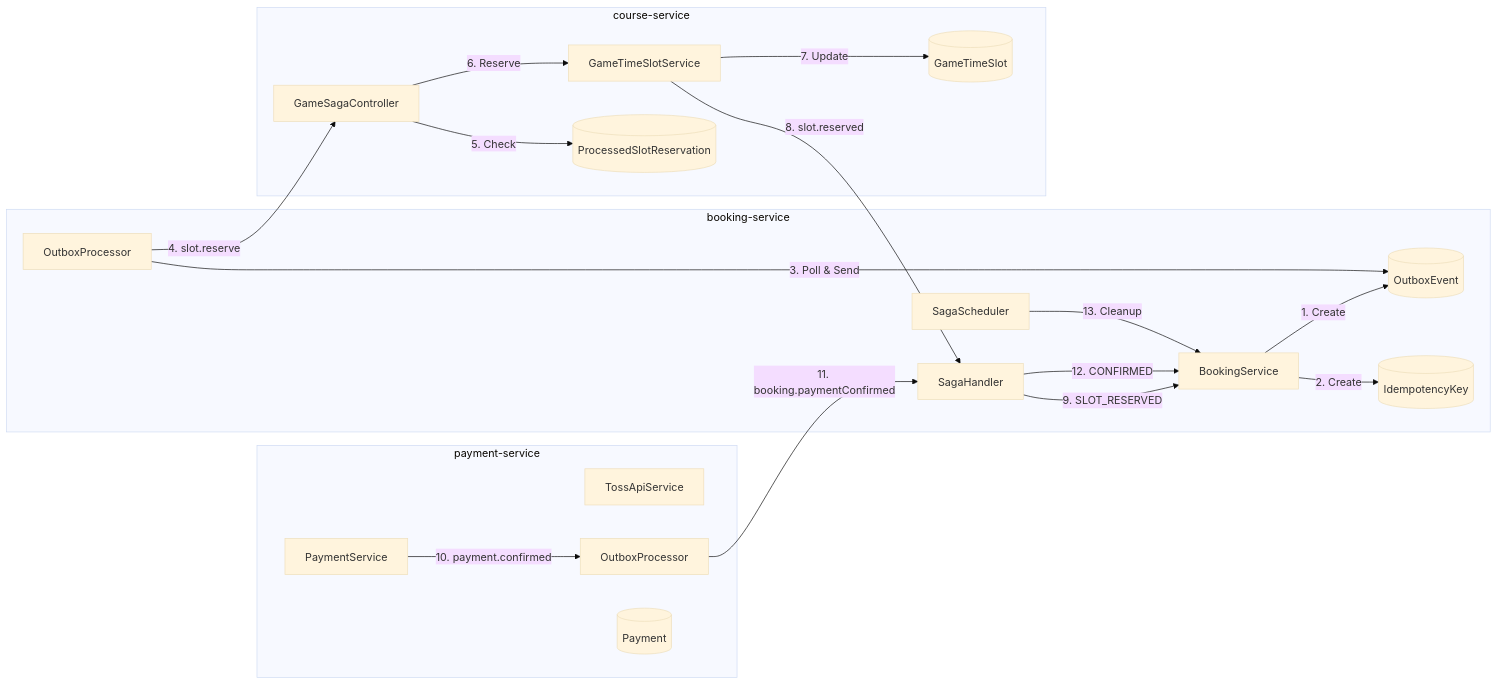
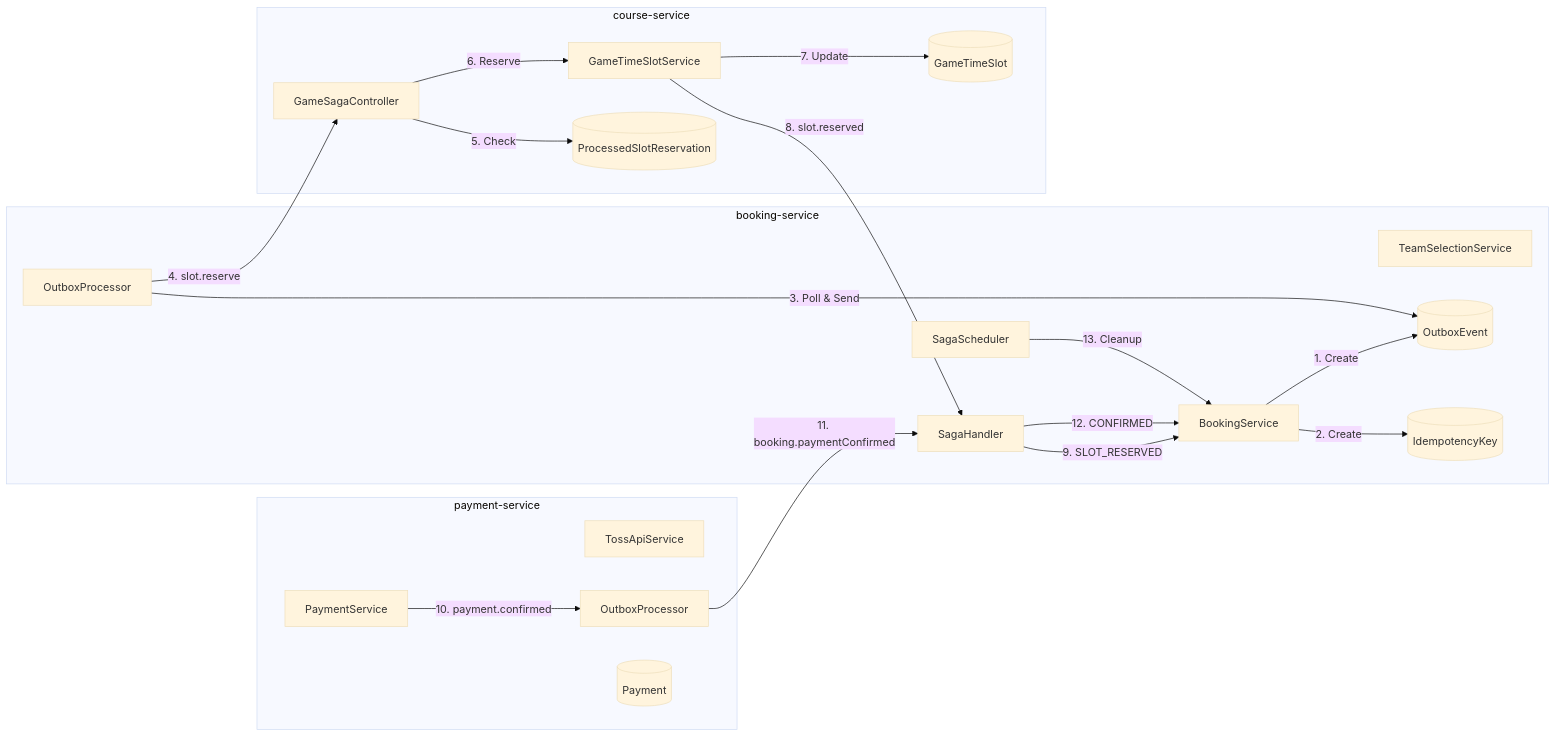
The second of 18 diagrams in docs/workflow/BOOKING.md (uniyous/parkgolf-platform), drawn with Mermaid (base theme) before and after one commit. The commit also changed other lines of this file and 10 other files, not shown here.

First line of the commit message:
refactor(booking): BookingGroup 제거, TeamSelection 분리 + BOOKING.md 현행화

````diff
--- a/docs/workflow/BOOKING.md
+++ b/docs/workflow/BOOKING.md
@@ -117,39 +119,40 @@
 ```mermaid
 flowchart LR
     subgraph "booking-service"
         A[BookingService]
         B[OutboxProcessor]
         C[SagaHandler]
         D[SagaScheduler]
+        TS[TeamSelectionService]
         E[(OutboxEvent)]
         F[(IdempotencyKey)]
     end
 
     subgraph "course-service"
         G[GameSagaController]
         H[GameTimeSlotService]
         I[(ProcessedSlotReservation)]
         J[(GameTimeSlot)]
     end
 
     subgraph "payment-service"
         K[PaymentService]
         L[TossApiService]
         M[OutboxProcessor]
         N[(Payment)]
     end
 
     A -->|1. Create| E
     A -->|2. Create| F
     B -->|3. Poll & Send| E
     B -->|4. slot.reserve| G
     G -->|5. Check| I
     G -->|6. Reserve| H
     H -->|7. Update| J
     H -->|8. slot.reserved| C
     C -->|9. SLOT_RESERVED| A
     K -->|10. payment.confirmed| M
     M -->|11. booking.paymentConfirmed| C
     C -->|12. CONFIRMED| A
     D -->|13. Cleanup| A
 ```
````
